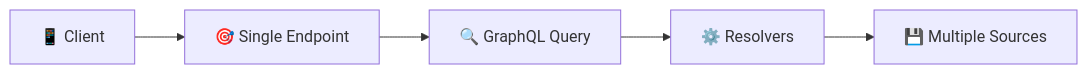
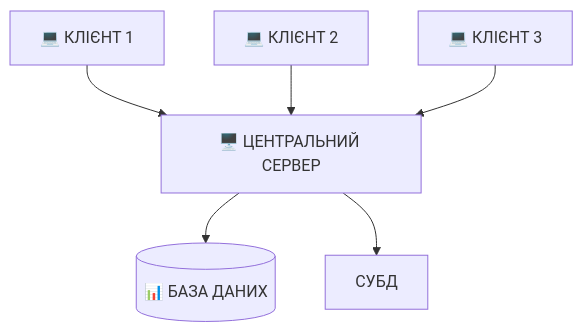
The sixth of 10 diagrams in docs/presentations/presentation-01.md (olroi421/course-bd), drawn with Mermaid before and after one commit. The commit also changed other lines of this file, not shown here.

````diff
--- a/docs/presentations/presentation-01.md
+++ b/docs/presentations/presentation-01.md
@@ -249,7 +415,9 @@
 ```mermaid
-graph LR
-    A[📱 Client] --> B[🎯 Single Endpoint]
-    B --> C[🔍 GraphQL Query]
-    C --> D[⚙️ Resolvers]
-    D --> E[💾 Multiple Sources]
+graph TB
+    A[💻 КЛІЄНТ 1] --> D[🖥️ ЦЕНТРАЛЬНИЙ СЕРВЕР]
+    B[💻 КЛІЄНТ 2] --> D
+    C[💻 КЛІЄНТ 3] --> D
+
+    D --> E[(📊 БАЗА ДАНИХ)]
+    D --> F[СУБД]
 ```
````
